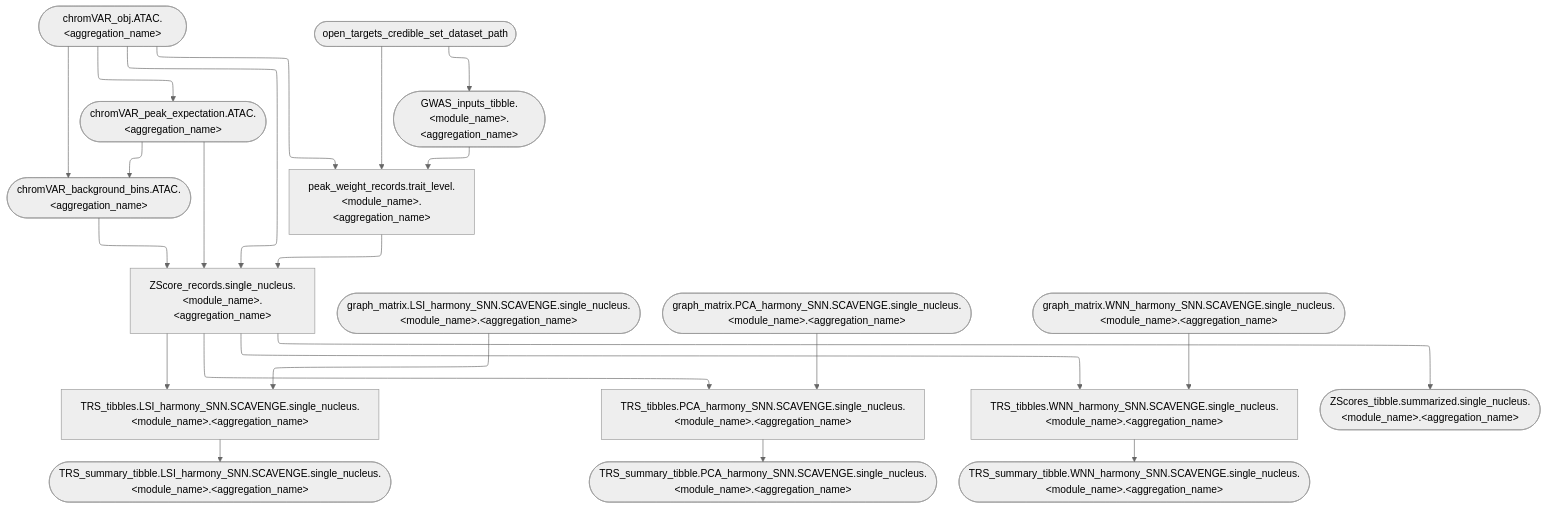
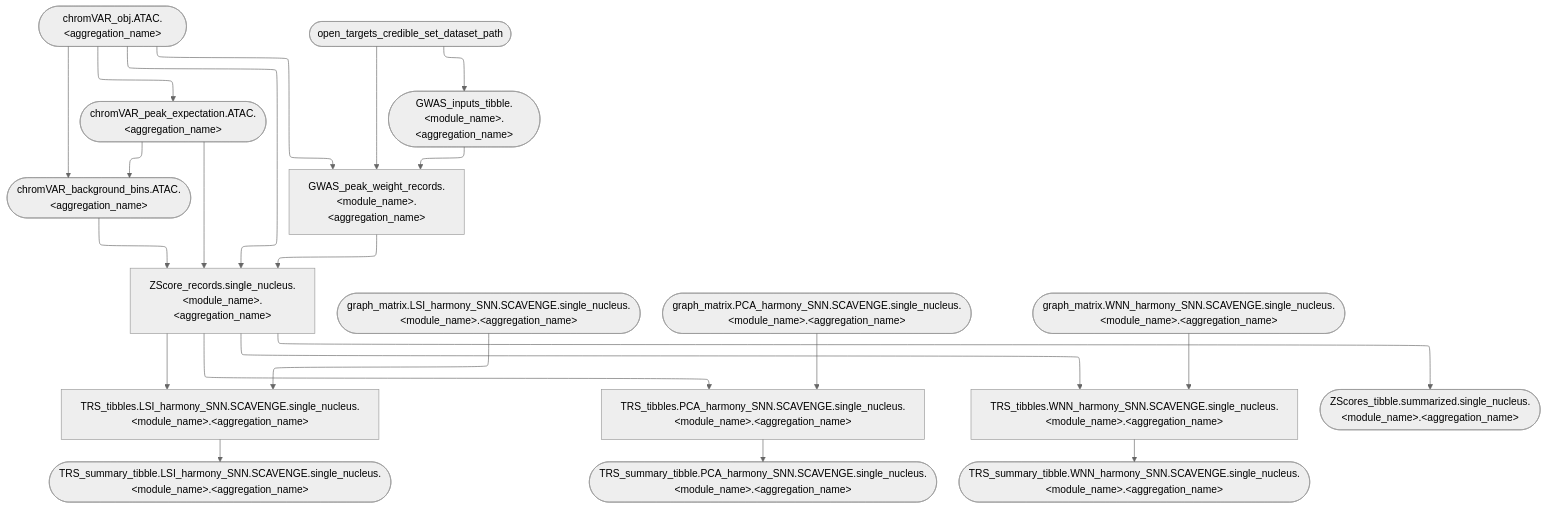
Before and after one commit to koefoeden/multiomeR: the diagram in website/figures/human_curated/genetic_enrichment_single_nucleus_v2.mmd, drawn with Mermaid (neutral theme). The commit also changed 14 other files, not shown here.

```diff
--- a/website/figures/human_curated/genetic_enrichment_single_nucleus_v2.mmd
+++ b/website/figures/human_curated/genetic_enrichment_single_nucleus_v2.mmd
@@ -1,23 +1,23 @@
 %%{init: {'flowchart': {'defaultRenderer': 'elk'}}}%%
 flowchart TB
   chromVAR_obj.ATAC.brain_mouse(["chromVAR_obj.ATAC.&lt;aggregation_name&gt;"]):::none --> chromVAR_background_bins.ATAC.brain_mouse(["chromVAR_background_bins.ATAC.&lt;aggregation_name&gt;"]):::none
   chromVAR_peak_expectation.ATAC.brain_mouse(["chromVAR_peak_expectation.ATAC.&lt;aggregation_name&gt;"]):::none --> chromVAR_background_bins.ATAC.brain_mouse(["chromVAR_background_bins.ATAC.&lt;aggregation_name&gt;"]):::none
   chromVAR_obj.ATAC.brain_mouse(["chromVAR_obj.ATAC.&lt;aggregation_name&gt;"]):::none --> chromVAR_peak_expectation.ATAC.brain_mouse(["chromVAR_peak_expectation.ATAC.&lt;aggregation_name&gt;"]):::none
   open_targets_credible_set_dataset_path(["open_targets_credible_set_dataset_path"]):::none --> GWAS_inputs_tibble.genetic_enrichment.immune_human_2x(["GWAS_inputs_tibble.&lt;module_name&gt;.&lt;aggregation_name&gt;"]):::none
   ZScore_records.single_nucleus.genetic_enrichment.immune_human_2x["ZScore_records.single_nucleus.&lt;module_name&gt;.&lt;aggregation_name&gt;"]:::none --> TRS_tibbles.LSI_harmony_SNN.SCAVENGE.single_nucleus.genetic_enrichment.immune_human_2x["TRS_tibbles.LSI_harmony_SNN.SCAVENGE.single_nucleus.&lt;module_name&gt;.&lt;aggregation_name&gt;"]:::none
   graph_matrix.LSI_harmony_SNN.SCAVENGE.single_nucleus.genetic_enrichment.immune_human_2x(["graph_matrix.LSI_harmony_SNN.SCAVENGE.single_nucleus.&lt;module_name&gt;.&lt;aggregation_name&gt;"]):::none --> TRS_tibbles.LSI_harmony_SNN.SCAVENGE.single_nucleus.genetic_enrichment.immune_human_2x["TRS_tibbles.LSI_harmony_SNN.SCAVENGE.single_nucleus.&lt;module_name&gt;.&lt;aggregation_name&gt;"]:::none
   graph_matrix.PCA_harmony_SNN.SCAVENGE.single_nucleus.genetic_enrichment.immune_human_2x(["graph_matrix.PCA_harmony_SNN.SCAVENGE.single_nucleus.&lt;module_name&gt;.&lt;aggregation_name&gt;"]):::none --> TRS_tibbles.PCA_harmony_SNN.SCAVENGE.single_nucleus.genetic_enrichment.immune_human_2x["TRS_tibbles.PCA_harmony_SNN.SCAVENGE.single_nucleus.&lt;module_name&gt;.&lt;aggregation_name&gt;"]:::none
   ZScore_records.single_nucleus.genetic_enrichment.immune_human_2x["ZScore_records.single_nucleus.&lt;module_name&gt;.&lt;aggregation_name&gt;"]:::none --> TRS_tibbles.PCA_harmony_SNN.SCAVENGE.single_nucleus.genetic_enrichment.immune_human_2x["TRS_tibbles.PCA_harmony_SNN.SCAVENGE.single_nucleus.&lt;module_name&gt;.&lt;aggregation_name&gt;"]:::none
   graph_matrix.WNN_harmony_SNN.SCAVENGE.single_nucleus.genetic_enrichment.immune_human_2x(["graph_matrix.WNN_harmony_SNN.SCAVENGE.single_nucleus.&lt;module_name&gt;.&lt;aggregation_name&gt;"]):::none --> TRS_tibbles.WNN_harmony_SNN.SCAVENGE.single_nucleus.genetic_enrichment.immune_human_2x["TRS_tibbles.WNN_harmony_SNN.SCAVENGE.single_nucleus.&lt;module_name&gt;.&lt;aggregation_name&gt;"]:::none
   ZScore_records.single_nucleus.genetic_enrichment.immune_human_2x["ZScore_records.single_nucleus.&lt;module_name&gt;.&lt;aggregation_name&gt;"]:::none --> TRS_tibbles.WNN_harmony_SNN.SCAVENGE.single_nucleus.genetic_enrichment.immune_human_2x["TRS_tibbles.WNN_harmony_SNN.SCAVENGE.single_nucleus.&lt;module_name&gt;.&lt;aggregation_name&gt;"]:::none
   chromVAR_obj.ATAC.brain_mouse(["chromVAR_obj.ATAC.&lt;aggregation_name&gt;"]):::none --> ZScore_records.single_nucleus.genetic_enrichment.immune_human_2x["ZScore_records.single_nucleus.&lt;module_name&gt;.&lt;aggregation_name&gt;"]:::none
   chromVAR_background_bins.ATAC.brain_mouse(["chromVAR_background_bins.ATAC.&lt;aggregation_name&gt;"]):::none --> ZScore_records.single_nucleus.genetic_enrichment.immune_human_2x["ZScore_records.single_nucleus.&lt;module_name&gt;.&lt;aggregation_name&gt;"]:::none
   chromVAR_peak_expectation.ATAC.brain_mouse(["chromVAR_peak_expectation.ATAC.&lt;aggregation_name&gt;"]):::none --> ZScore_records.single_nucleus.genetic_enrichment.immune_human_2x["ZScore_records.single_nucleus.&lt;module_name&gt;.&lt;aggregation_name&gt;"]:::none
-  chromVAR_obj.ATAC.brain_mouse(["chromVAR_obj.ATAC.&lt;aggregation_name&gt;"]):::none --> peak_weight_records.trait_level.genetic_enrichment.immune_human_2x["peak_weight_records.trait_level.&lt;module_name&gt;.&lt;aggregation_name&gt;"]:::none
-  GWAS_inputs_tibble.genetic_enrichment.immune_human_2x(["GWAS_inputs_tibble.&lt;module_name&gt;.&lt;aggregation_name&gt;"]):::none --> peak_weight_records.trait_level.genetic_enrichment.immune_human_2x["peak_weight_records.trait_level.&lt;module_name&gt;.&lt;aggregation_name&gt;"]:::none
-  open_targets_credible_set_dataset_path(["open_targets_credible_set_dataset_path"]):::none --> peak_weight_records.trait_level.genetic_enrichment.immune_human_2x["peak_weight_records.trait_level.&lt;module_name&gt;.&lt;aggregation_name&gt;"]:::none
+  chromVAR_obj.ATAC.brain_mouse(["chromVAR_obj.ATAC.&lt;aggregation_name&gt;"]):::none --> GWAS_peak_weight_records.genetic_enrichment.immune_human_2x["GWAS_peak_weight_records.&lt;module_name&gt;.&lt;aggregation_name&gt;"]:::none
+  GWAS_inputs_tibble.genetic_enrichment.immune_human_2x(["GWAS_inputs_tibble.&lt;module_name&gt;.&lt;aggregation_name&gt;"]):::none --> GWAS_peak_weight_records.genetic_enrichment.immune_human_2x["GWAS_peak_weight_records.&lt;module_name&gt;.&lt;aggregation_name&gt;"]:::none
+  open_targets_credible_set_dataset_path(["open_targets_credible_set_dataset_path"]):::none --> GWAS_peak_weight_records.genetic_enrichment.immune_human_2x["GWAS_peak_weight_records.&lt;module_name&gt;.&lt;aggregation_name&gt;"]:::none
   TRS_tibbles.LSI_harmony_SNN.SCAVENGE.single_nucleus.genetic_enrichment.immune_human_2x["TRS_tibbles.LSI_harmony_SNN.SCAVENGE.single_nucleus.&lt;module_name&gt;.&lt;aggregation_name&gt;"]:::none --> TRS_summary_tibble.LSI_harmony_SNN.SCAVENGE.single_nucleus.genetic_enrichment.immune_human_2x(["TRS_summary_tibble.LSI_harmony_SNN.SCAVENGE.single_nucleus.&lt;module_name&gt;.&lt;aggregation_name&gt;"]):::none
   TRS_tibbles.PCA_harmony_SNN.SCAVENGE.single_nucleus.genetic_enrichment.immune_human_2x["TRS_tibbles.PCA_harmony_SNN.SCAVENGE.single_nucleus.&lt;module_name&gt;.&lt;aggregation_name&gt;"]:::none --> TRS_summary_tibble.PCA_harmony_SNN.SCAVENGE.single_nucleus.genetic_enrichment.immune_human_2x(["TRS_summary_tibble.PCA_harmony_SNN.SCAVENGE.single_nucleus.&lt;module_name&gt;.&lt;aggregation_name&gt;"]):::none
   TRS_tibbles.WNN_harmony_SNN.SCAVENGE.single_nucleus.genetic_enrichment.immune_human_2x["TRS_tibbles.WNN_harmony_SNN.SCAVENGE.single_nucleus.&lt;module_name&gt;.&lt;aggregation_name&gt;"]:::none --> TRS_summary_tibble.WNN_harmony_SNN.SCAVENGE.single_nucleus.genetic_enrichment.immune_human_2x(["TRS_summary_tibble.WNN_harmony_SNN.SCAVENGE.single_nucleus.&lt;module_name&gt;.&lt;aggregation_name&gt;"]):::none
-  peak_weight_records.trait_level.genetic_enrichment.immune_human_2x["peak_weight_records.trait_level.&lt;module_name&gt;.&lt;aggregation_name&gt;"]:::none --> ZScore_records.single_nucleus.genetic_enrichment.immune_human_2x["ZScore_records.single_nucleus.&lt;module_name&gt;.&lt;aggregation_name&gt;"]:::none
+  GWAS_peak_weight_records.genetic_enrichment.immune_human_2x["GWAS_peak_weight_records.&lt;module_name&gt;.&lt;aggregation_name&gt;"]:::none --> ZScore_records.single_nucleus.genetic_enrichment.immune_human_2x["ZScore_records.single_nucleus.&lt;module_name&gt;.&lt;aggregation_name&gt;"]:::none
   ZScore_records.single_nucleus.genetic_enrichment.immune_human_2x["ZScore_records.single_nucleus.&lt;module_name&gt;.&lt;aggregation_name&gt;"]:::none --> ZScores_tibble.summarized.single_nucleus.genetic_enrichment.immune_human_2x(["ZScores_tibble.summarized.single_nucleus.&lt;module_name&gt;.&lt;aggregation_name&gt;"]):::none
```
